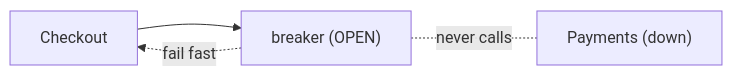
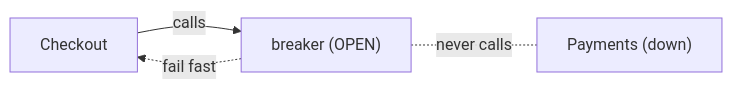
The tenth of 13 diagrams in docs/ch07-circuit-breaker.md (vinayakuber/microservices-io-study-guide), drawn with Mermaid before and after one commit. The commit also changed other lines of this file and 71 other files, not shown here.

First line of the commit message:
R18: label every diagram arrow with its meaning

````diff
--- a/docs/ch07-circuit-breaker.md
+++ b/docs/ch07-circuit-breaker.md
@@ -338,6 +338,6 @@
 ```mermaid
 flowchart LR
-  C["Checkout"] --> P["breaker (OPEN)"]
+  C["Checkout"] -->|"calls"| P["breaker (OPEN)"]
   P -. "fail fast" .-> C
   P -. "never calls" .- SVC["Payments (down)"]
 ```
````
